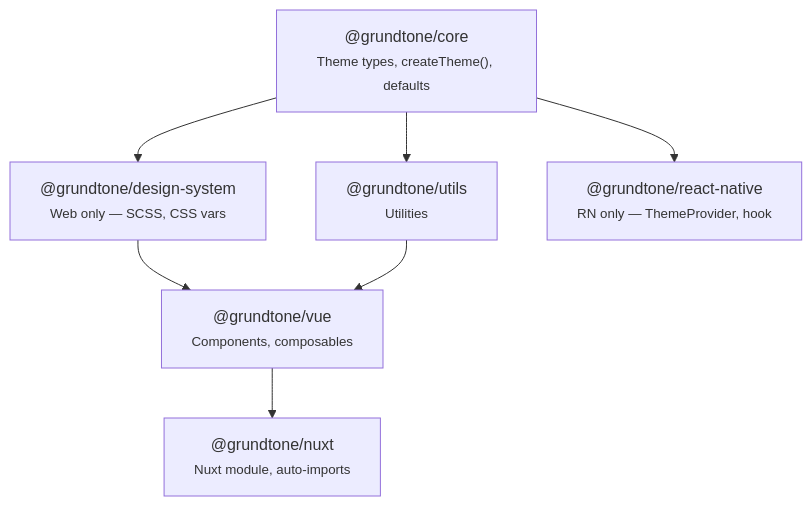
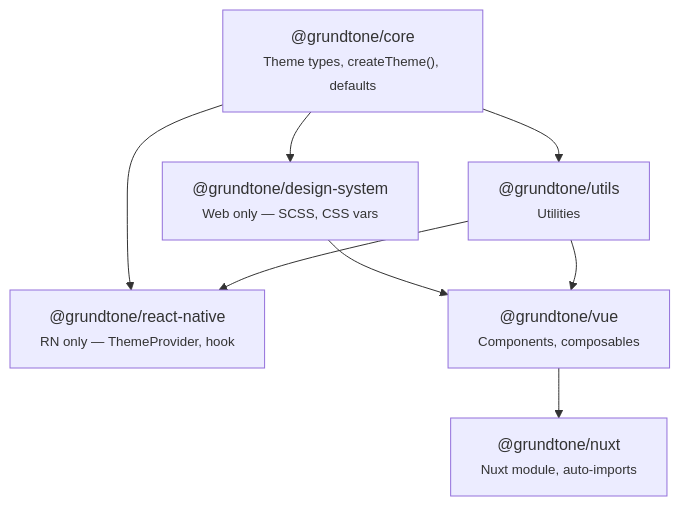
One commit to KlangHaus/grundtone changed the diagram in apps/docs/core/package-architecture.md. Above: the diagram before and after it, drawn with Mermaid. The commit also changed 3 other files, not shown here.

Commit message:
docs: update package architecture, add utils dep to react-native

````diff
--- a/apps/docs/core/package-architecture.md
+++ b/apps/docs/core/package-architecture.md
@@ -7,16 +7,17 @@
 ```mermaid
 graph TD
     core["@grundtone/core<br/><small>Theme types, createTheme(), defaults</small>"]
     tokens["@grundtone/design-system<br/><small>Web only — SCSS, CSS vars</small>"]
     shared["@grundtone/utils<br/><small>Utilities</small>"]
     rn["@grundtone/react-native<br/><small>RN only — ThemeProvider, hook</small>"]
     vue["@grundtone/vue<br/><small>Components, composables</small>"]
     nuxt["@grundtone/nuxt<br/><small>Nuxt module, auto-imports</small>"]
 
     core --> tokens
     core --> shared
     core --> rn
+    shared --> rn
     tokens --> vue
     shared --> vue
     vue --> nuxt
 ```
````
